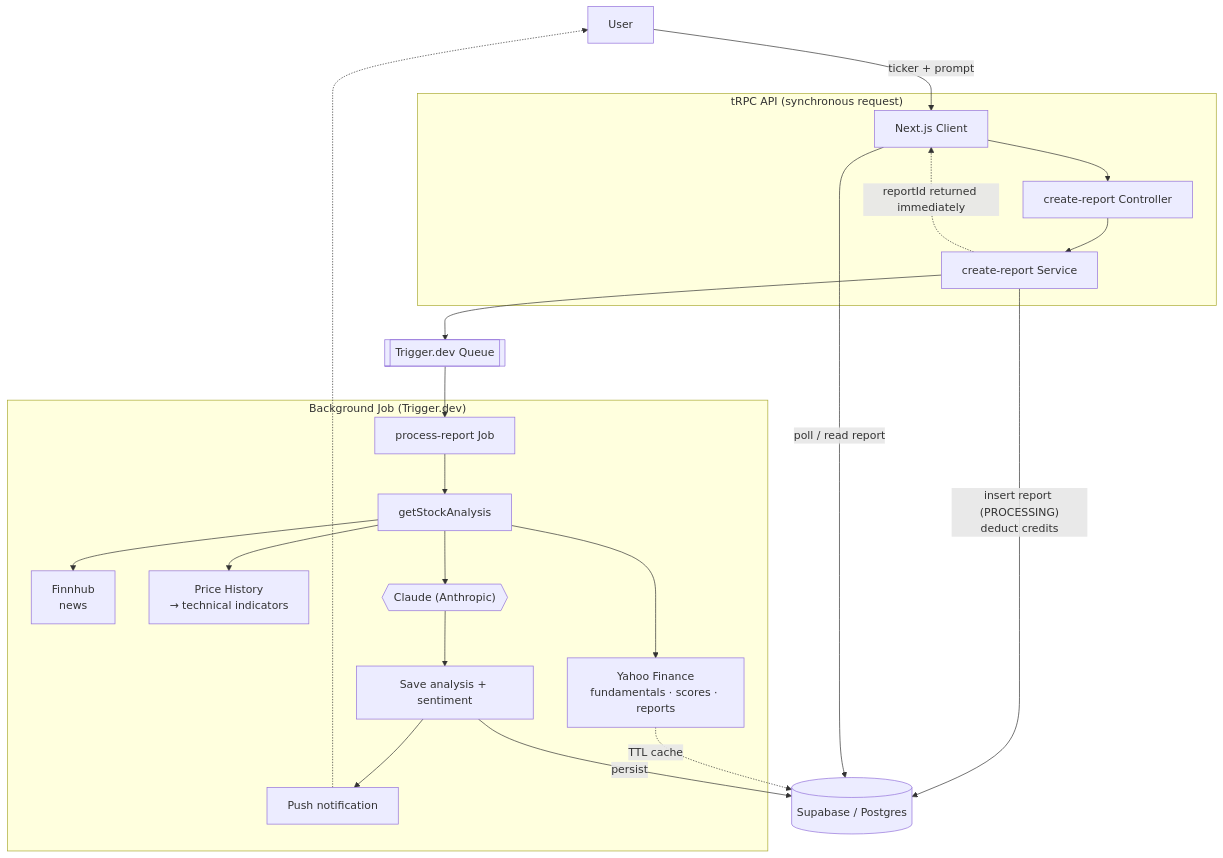
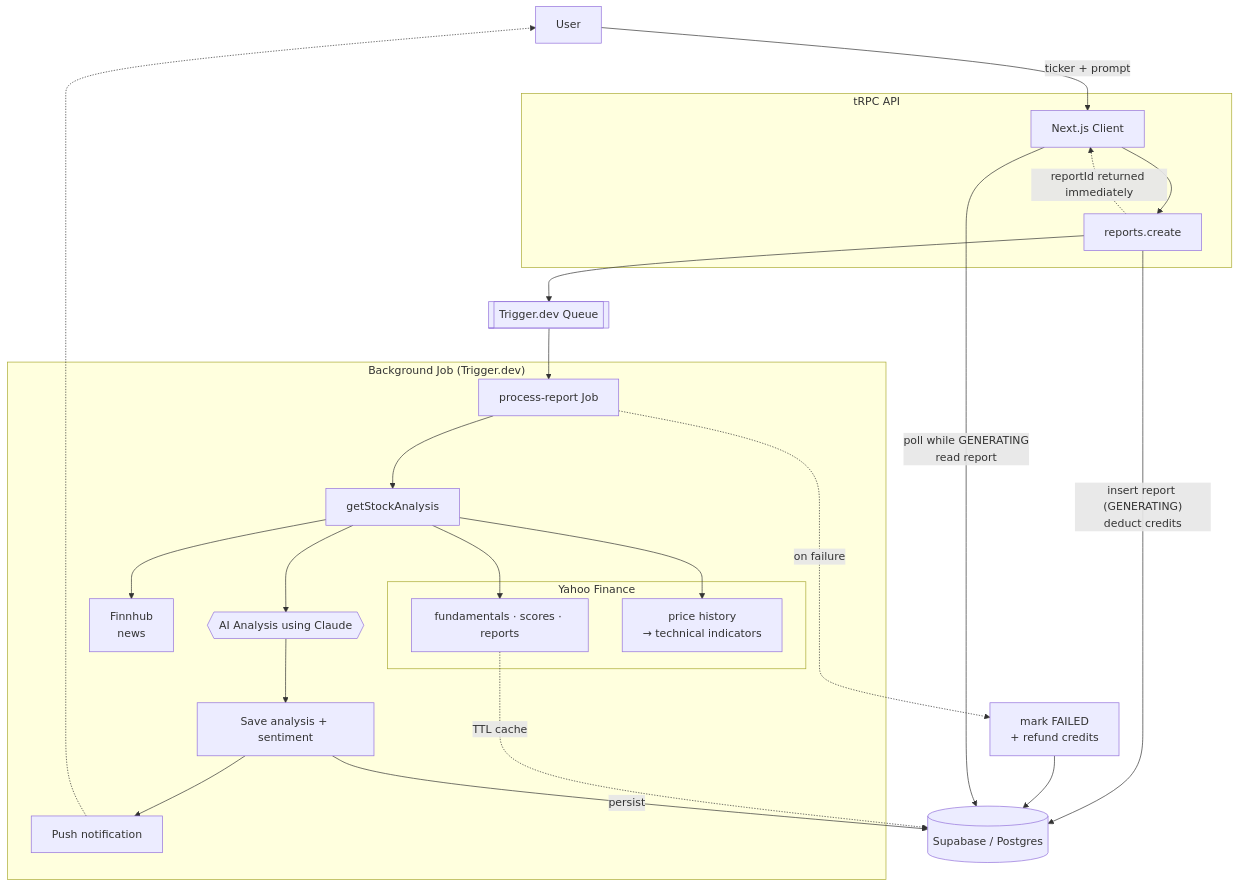
Before and after one commit to Miguelii/brew-stock-ai: the first of 2 diagrams in README.md, drawn with Mermaid. The commit also changed other lines of this file, not shown here.

Commit message:
ocs: simplify how-it-works diagram and add credits & payments flow

````diff
--- a/README.md
+++ b/README.md
@@ -31,35 +31,41 @@
 ```mermaid
 flowchart TD
     U["User"] -->|"ticker + prompt"| UI["Next.js Client"]
 
-    subgraph API["tRPC API (synchronous request)"]
-        UI --> CTRL["create-report Controller"]
-        CTRL --> SVC["create-report Service"]
+    subgraph API["tRPC API"]
+        UI --> CR["reports.create"]
     end
 
     PG[("Supabase / Postgres")]
     TQ[["Trigger.dev Queue"]]
 
-    SVC -->|"insert report (PROCESSING)\ndeduct credits"| PG
-    SVC --> TQ
-    SVC -.->|"reportId returned immediately"| UI
+    CR -->|"insert report (GENERATING)\ndeduct credits"| PG
+    CR --> TQ
+    CR -.->|"reportId returned immediately"| UI
 
     subgraph BG["Background Job (Trigger.dev)"]
         JOB["process-report Job"] --> ANALYSIS["getStockAnalysis"]
 
-        ANALYSIS --> YAHOO["Yahoo Finance\nfundamentals · scores · reports"]
+        subgraph YF["Yahoo Finance"]
+            YAHOO["fundamentals · scores · reports"]
+            PRICE["price history\n→ technical indicators"]
+        end
+
+        ANALYSIS --> YAHOO
+        ANALYSIS --> PRICE
         ANALYSIS --> FINNHUB["Finnhub\nnews"]
-        ANALYSIS --> PRICE["Price History\n→ technical indicators"]
 
-        ANALYSIS --> AI{{"Claude (Anthropic)"}}
+        ANALYSIS --> AI{{"AI Analysis using Claude"}}
         AI --> SAVE["Save analysis + sentiment"]
         SAVE --> PUSH["Push notification"]
     end
 
     TQ --> JOB
+    JOB -.->|"on failure"| FAIL["mark FAILED\n+ refund credits"]
+    FAIL --> PG
     YAHOO -.->|"TTL cache"| PG
     SAVE -->|"persist"| PG
 
     PUSH -.-> U
-    UI -->|"poll / read report"| PG
+    UI -->|"poll while GENERATING\nread report"| PG
 ```
````
